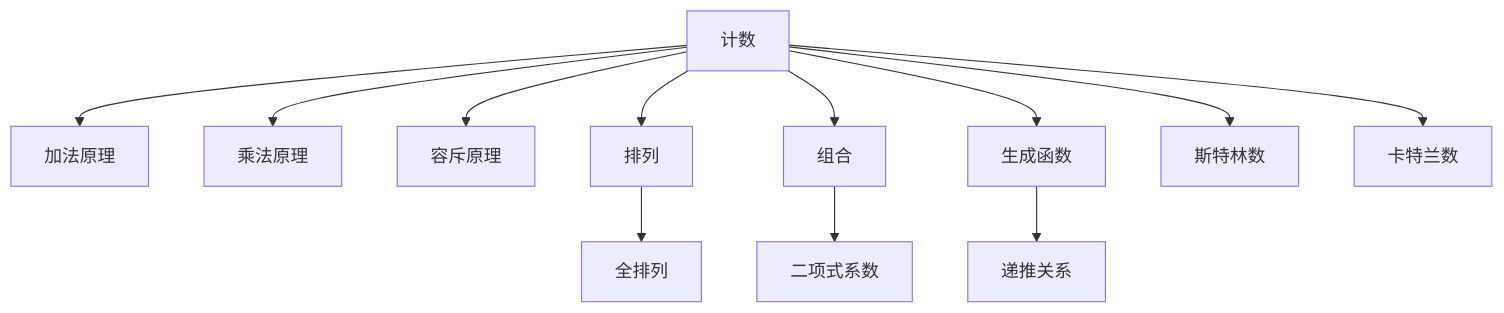
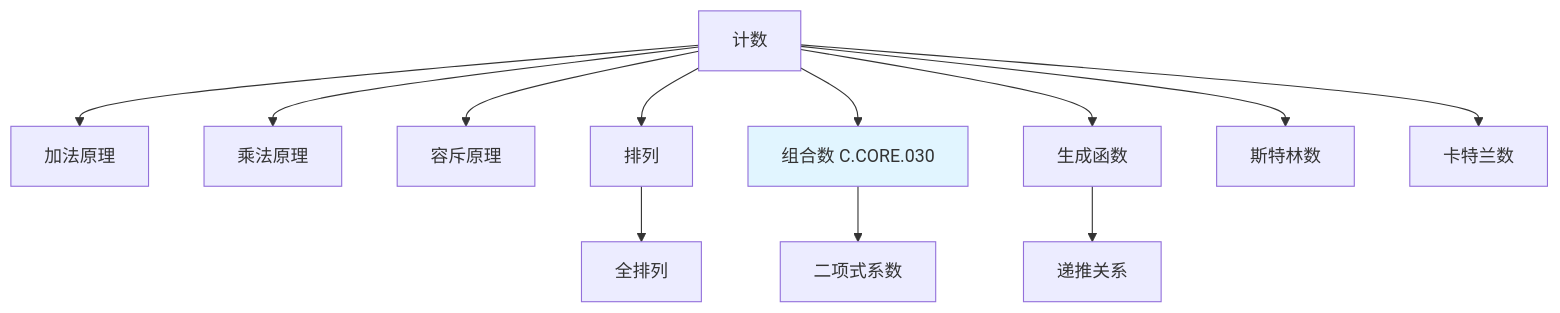
One commit to AdaMartin18010/FormalMath changed diagram 18 of 22 in concept/05-知识关联网络/01-概念级关联网络.md. Above: the diagram before and after it, drawn with Mermaid. The commit also changed other lines of this file and 45 other files, not shown here.

````diff
--- a/concept/05-知识关联网络/01-概念级关联网络.md
+++ b/concept/05-知识关联网络/01-概念级关联网络.md
@@ -410,14 +601,16 @@
 ```mermaid
 graph TD
     A[计数] --> B[加法原理]
     A --> C[乘法原理]
     A --> D[容斥原理]
     A --> E[排列]
-    A --> F[组合]
+    A --> F[组合数 C.CORE.030]
     E --> G[全排列]
     F --> H[二项式系数]
     A --> I[生成函数]
     I --> J[递推关系]
     A --> K[斯特林数]
     A --> L[卡特兰数]
+
+    style F fill:#e1f5ff
 ```
````
